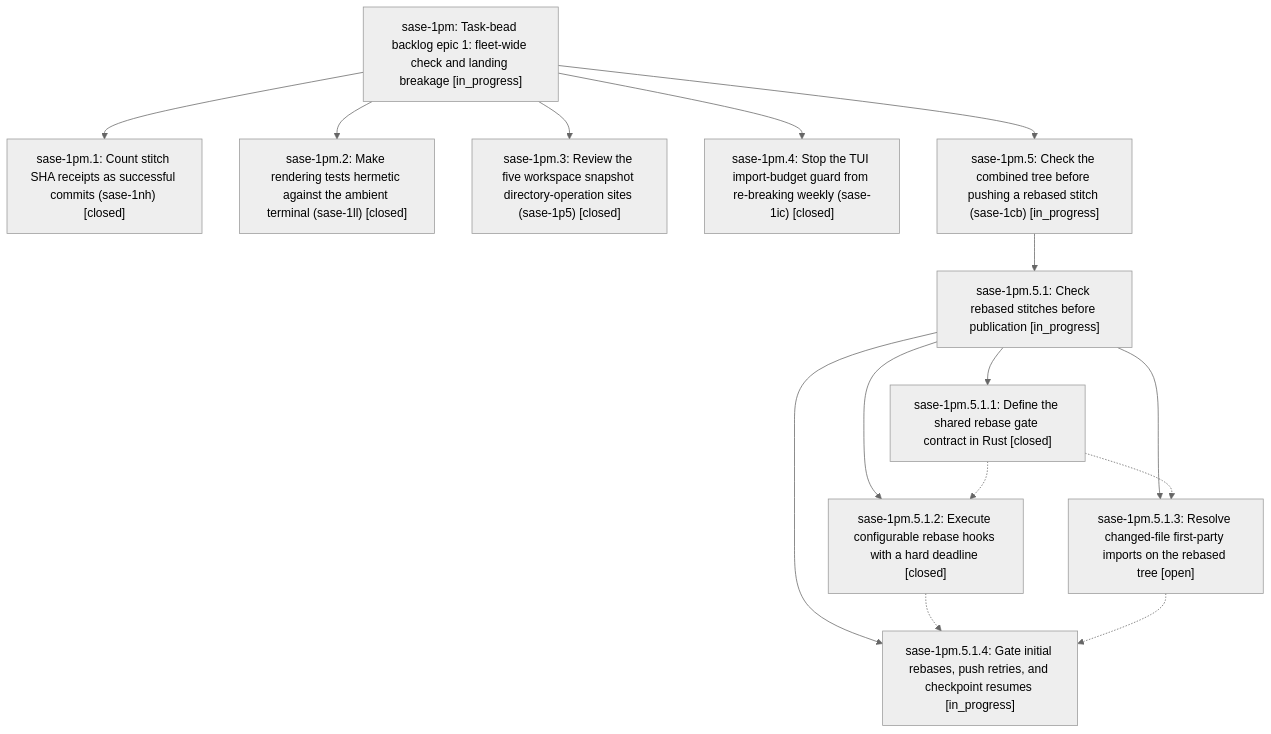
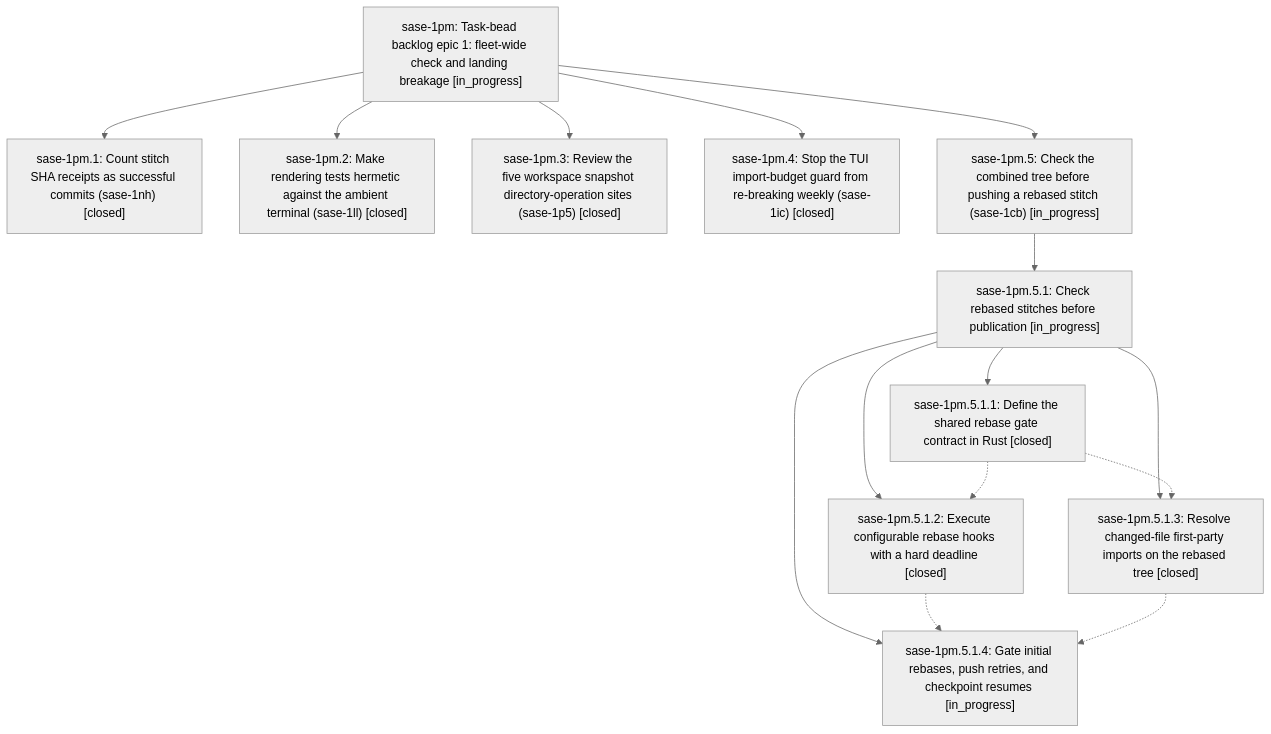
Before and after one commit to sase-org/sase--beads: the diagram in pages/sase-1pm/README.md, drawn with Mermaid (neutral theme). The commit also changed other lines of this file and 5 other files, not shown here.

````diff
--- a/pages/sase-1pm/README.md
+++ b/pages/sase-1pm/README.md
@@ -38,28 +38,28 @@
 ```mermaid
 flowchart TD
     n0["sase-1pm: Task-bead backlog epic 1: fleet-wide check and landing breakage [in_progress]"]
     n1["sase-1pm.1: Count stitch SHA receipts as successful commits (sase-1nh) [closed]"]
     n2["sase-1pm.2: Make rendering tests hermetic against the ambient terminal (sase-1ll) [closed]"]
     n3["sase-1pm.3: Review the five workspace snapshot directory-operation sites (sase-1p5) [closed]"]
     n4["sase-1pm.4: Stop the TUI import-budget guard from re-breaking weekly (sase-1ic) [closed]"]
     n5["sase-1pm.5: Check the combined tree before pushing a rebased stitch (sase-1cb) [in_progress]"]
     n6["sase-1pm.5.1: Check rebased stitches before publication [in_progress]"]
     n7["sase-1pm.5.1.1: Define the shared rebase gate contract in Rust [closed]"]
     n8["sase-1pm.5.1.2: Execute configurable rebase hooks with a hard deadline [closed]"]
-    n9["sase-1pm.5.1.3: Resolve changed-file first-party imports on the rebased tree [open]"]
+    n9["sase-1pm.5.1.3: Resolve changed-file first-party imports on the rebased tree [closed]"]
     n10["sase-1pm.5.1.4: Gate initial rebases, push retries, and checkpoint resumes [in_progress]"]
     n0 --> n1
     n0 --> n2
     n0 --> n3
     n0 --> n4
     n0 --> n5
     n5 --> n6
     n6 --> n7
     n6 --> n8
     n6 --> n9
     n6 --> n10
     n7 -.-> n8
     n7 -.-> n9
     n8 -.-> n10
     n9 -.-> n10
 ```
````
